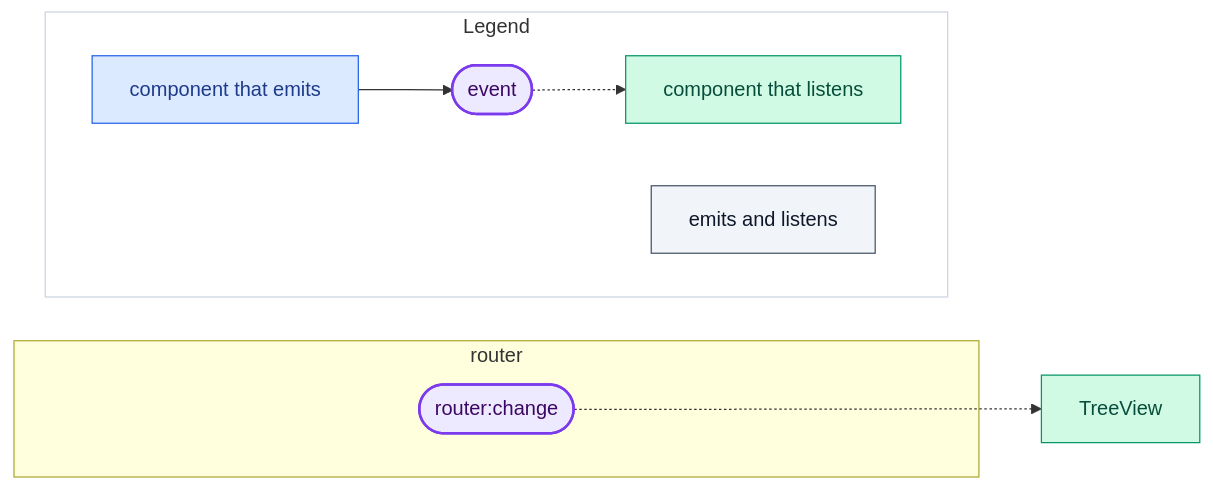
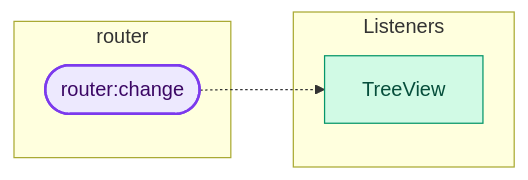
Before and after one commit to VKneider/slicejs_docs: the diagram in docs/events/diagram.mmd, drawn with Mermaid. The commit also changed 2 other files, not shown here.

Commit message:
docs(events): one diagram per namespace, with emitters and listeners in their columns
The full map reads left to right and router:change gets its own smaller diagram.

```diff
--- a/docs/events/diagram.mmd
+++ b/docs/events/diagram.mmd
@@ -1,20 +1,15 @@
 %% Generated by `slice docs generate events`. Do not edit by hand.
 
 flowchart LR
   subgraph ns0["router"]
     e1(["router:change"]):::event
   end
-  c2["TreeView"]:::listener
+  subgraph listenerGroup["Listeners"]
+    c2["TreeView"]:::listener
+  end
   e1 -.-> c2
-  subgraph legend["Legend"]
-    direction LR
-    legEmit["component that emits"]:::emitter --> legEvent(["event"]):::event
-    legEvent -.-> legListen["component that listens"]:::listener
-    legBoth["emits and listens"]:::both
-  end
   classDef event fill:#ede9fe,stroke:#7c3aed,stroke-width:2px,color:#3b0764
   classDef emitter fill:#dbeafe,stroke:#2563eb,color:#1e3a8a
   classDef listener fill:#d1fae5,stroke:#059669,color:#064e3b
   classDef both fill:#f1f5f9,stroke:#475569,color:#0f172a
   classDef dynamic fill:#fef3c7,stroke:#d97706,color:#78350f,stroke-dasharray:4 3
-  style legend fill:none,stroke:#cbd5e1
```
